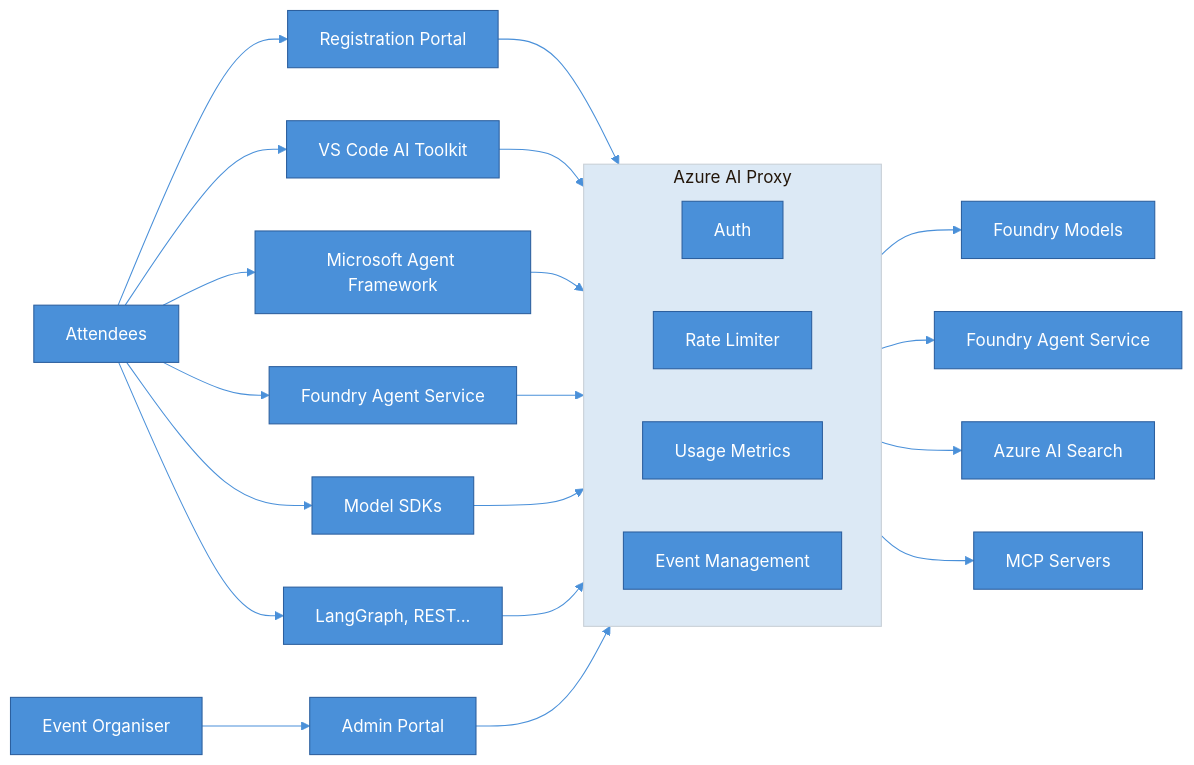
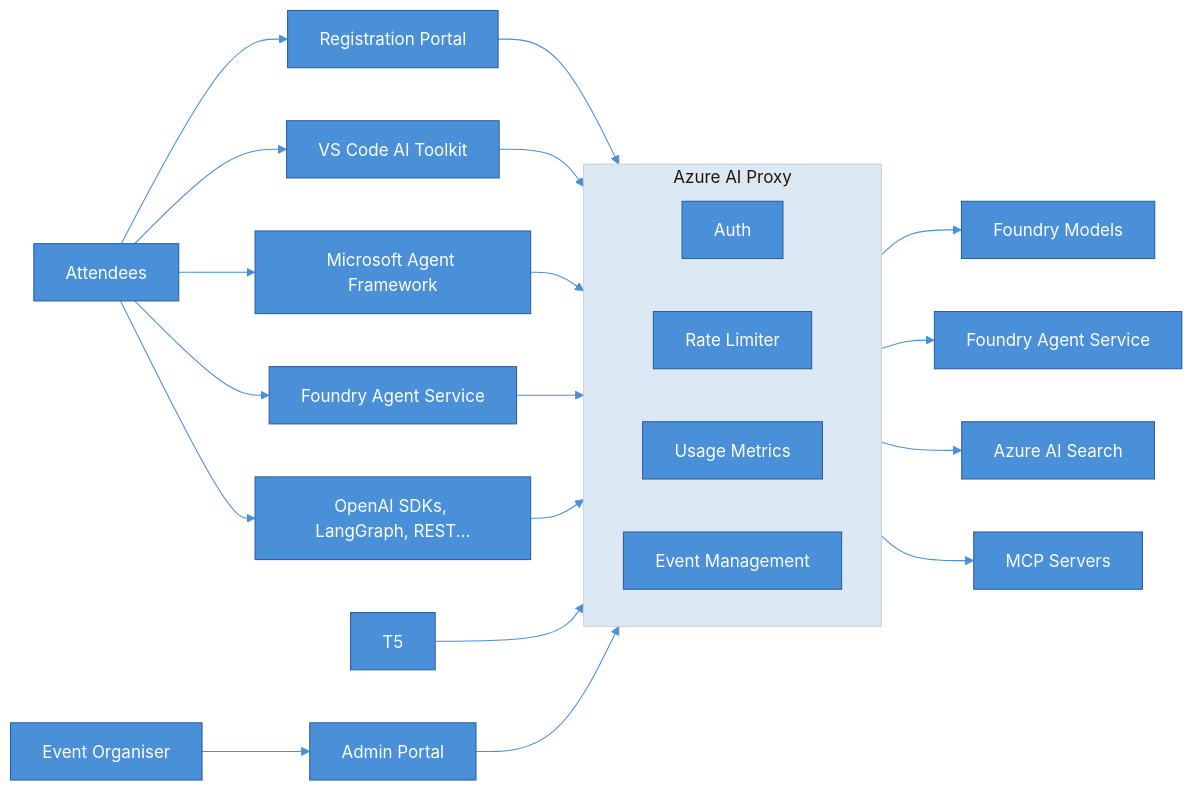
The diagram in README.md (gloveboxes/azure-ai-proxy-lite), drawn with Mermaid before and after one commit. The commit also changed 1 other file, not shown here.

````diff
--- a/README.md
+++ b/README.md
@@ -11,33 +11,32 @@
 ```mermaid
 %%{init: {'theme': 'base', 'themeVariables': {'primaryColor': '#4a90d9', 'primaryTextColor': '#ffffff', 'primaryBorderColor': '#2c5f9e', 'lineColor': '#4a90d9', 'secondaryColor': '#a8c8e8', 'tertiaryColor': '#dce9f5'}}}%%
 graph LR
     Attendees --> Reg[Registration Portal]
     Attendees --> T1[VS Code AI Toolkit]
     Attendees --> T2[Microsoft Agent Framework]
     Attendees --> T3[Foundry Agent Service]
-    Attendees --> T4[Model SDKs]
-    Attendees --> T5[LangGraph, REST...]
+    Attendees --> T4[OpenAI SDKs, LangGraph, REST...]
 
     Organiser[Event Organiser] --> Admin[Admin Portal]
 
     Reg --> Azure_AI_Proxy
     T1 --> Azure_AI_Proxy
     T2 --> Azure_AI_Proxy
     T3 --> Azure_AI_Proxy
     T4 --> Azure_AI_Proxy
     T5 --> Azure_AI_Proxy
     Admin --> Azure_AI_Proxy
 
     subgraph Azure_AI_Proxy[Azure AI Proxy]
         direction LR
         P1[Auth]
         P2[Rate Limiter]
         P3[Usage Metrics]
         P4[Event Management]
     end
 
     Azure_AI_Proxy --> A1[Foundry Models]
     Azure_AI_Proxy --> A2[Foundry Agent Service]
     Azure_AI_Proxy --> A3[Azure AI Search]
     Azure_AI_Proxy --> A4[MCP Servers]
 ```
````
